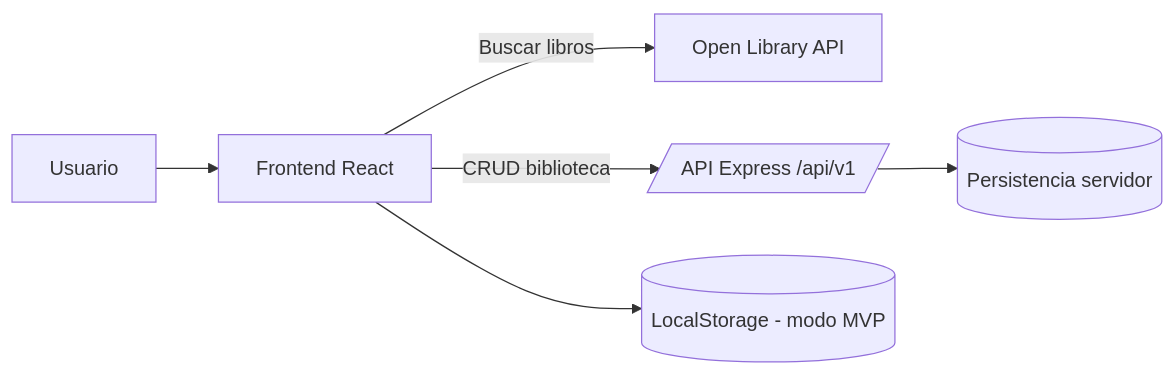
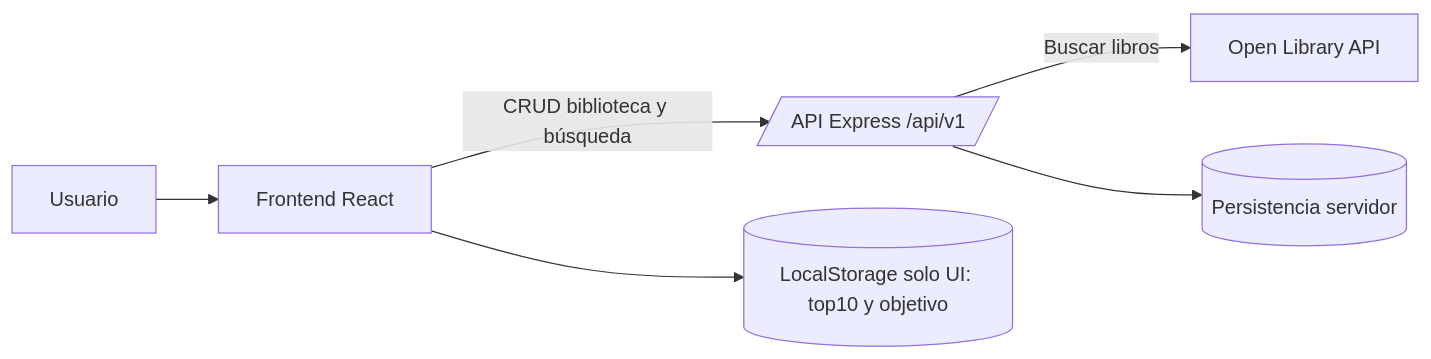
Before and after one commit to sandramaeso89/readink: the diagram in docs/design.md, drawn with Mermaid. The commit also changed other lines of this file and 41 other files, not shown here.

````diff
--- a/docs/design.md
+++ b/docs/design.md
@@ -49,8 +51,8 @@
 ```mermaid
 flowchart LR
   U[Usuario] --> FE[Frontend React]
-  FE -->|Buscar libros| OL[Open Library API]
-  FE -->|CRUD biblioteca| API[/API Express /api/v1/]
+  FE -->|CRUD biblioteca y búsqueda| API[/API Express /api/v1/]
+  API -->|Buscar libros| OL[Open Library API]
   API --> DB[(Persistencia servidor)]
-  FE --> LS[(LocalStorage - modo MVP)]
+  FE --> LS[(LocalStorage solo UI: top10 y objetivo)]
 ```
````
